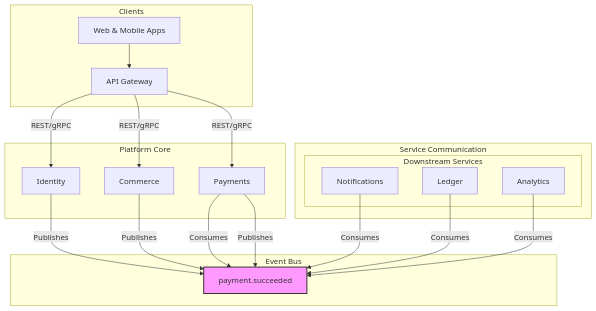
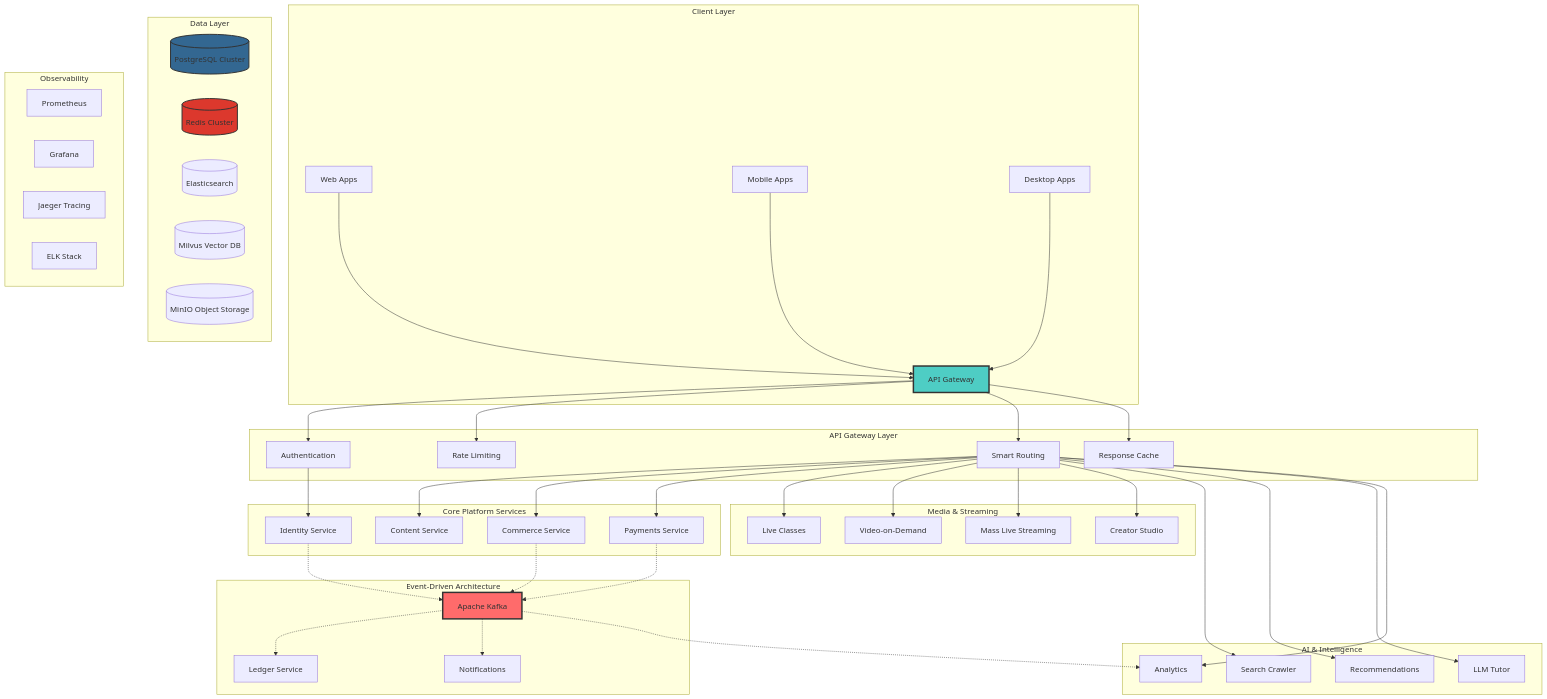
The diagram in README.md (Theory903/Project-Suuupra), drawn with Mermaid before and after one commit. The commit also changed other lines of this file and 62 other files, not shown here.

````diff
--- a/README.md
+++ b/README.md
@@ -294,30 +32,66 @@
 ```mermaid
 graph TD
-    subgraph Clients
-        A[Web & Mobile Apps] --> B[API Gateway];
+    subgraph "Client Layer"
+        WEB[Web Apps] --> GW[API Gateway]
+        MOBILE[Mobile Apps] --> GW
+        DESKTOP[Desktop Apps] --> GW
     end
 
-    subgraph Platform Core
-        B -- REST/gRPC --> C[Identity];
-        B -- REST/gRPC --> E[Commerce];
-        B -- REST/gRPC --> F[Payments];
+    subgraph "API Gateway Layer"
+        GW --> AUTH[Authentication]
+        GW --> RATE[Rate Limiting]
+        GW --> ROUTE[Smart Routing]
+        GW --> CACHE[Response Cache]
     end
 
-    subgraph Event Bus
-        K[Kafka];
+    subgraph "Core Platform Services"
+        AUTH --> IDENTITY[Identity Service]
+        ROUTE --> CONTENT[Content Service]
+        ROUTE --> COMMERCE[Commerce Service]
+        ROUTE --> PAYMENTS[Payments Service]
     end
 
-    subgraph Service Communication
-        C -- Publishes --> K[user.created];
-        E -- Publishes --> K[order.created];
-        F -- Consumes --> K[order.created];
-        F -- Publishes --> K[payment.succeeded];
-        subgraph Downstream Services
-            R[Notifications] -- Consumes --> K[user.created, payment.succeeded];
-            G[Ledger] -- Consumes --> K[payment.succeeded];
-            O[Analytics] -- Consumes --> K;
-        end
+    subgraph "Media & Streaming"
+        ROUTE --> LIVE[Live Classes]
+        ROUTE --> VOD[Video-on-Demand]
+        ROUTE --> MASS[Mass Live Streaming]
+        ROUTE --> CREATOR[Creator Studio]
     end
 
-    style K fill:#f9f,stroke:#333,stroke-width:2px
+    subgraph "AI & Intelligence"
+        ROUTE --> SEARCH[Search Crawler]
+        ROUTE --> RECOMMEND[Recommendations]
+        ROUTE --> LLM[LLM Tutor]
+        ROUTE --> ANALYTICS[Analytics]
+    end
+
+    subgraph "Event-Driven Architecture"
+        KAFKA[Apache Kafka]
+        IDENTITY -.-> KAFKA
+        COMMERCE -.-> KAFKA
+        PAYMENTS -.-> KAFKA
+        KAFKA -.-> LEDGER[Ledger Service]
+        KAFKA -.-> NOTIFICATIONS[Notifications]
+        KAFKA -.-> ANALYTICS
+    end
+
+    subgraph "Data Layer"
+        POSTGRES[(PostgreSQL Cluster)]
+        REDIS[(Redis Cluster)]
+        ELASTIC[(Elasticsearch)]
+        MILVUS[(Milvus Vector DB)]
+        MINIO[(MinIO Object Storage)]
+    end
+
+    subgraph "Observability"
+        PROMETHEUS[Prometheus]
+        GRAFANA[Grafana]
+        JAEGER[Jaeger Tracing]
+        ELK[ELK Stack]
+    end
+
+    style KAFKA fill:#ff6b6b,stroke:#333,stroke-width:3px
+    style GW fill:#4ecdc4,stroke:#333,stroke-width:3px
+    style POSTGRES fill:#336791,stroke:#333,stroke-width:2px
+    style REDIS fill:#dc382d,stroke:#333,stroke-width:2px
 ```
````
